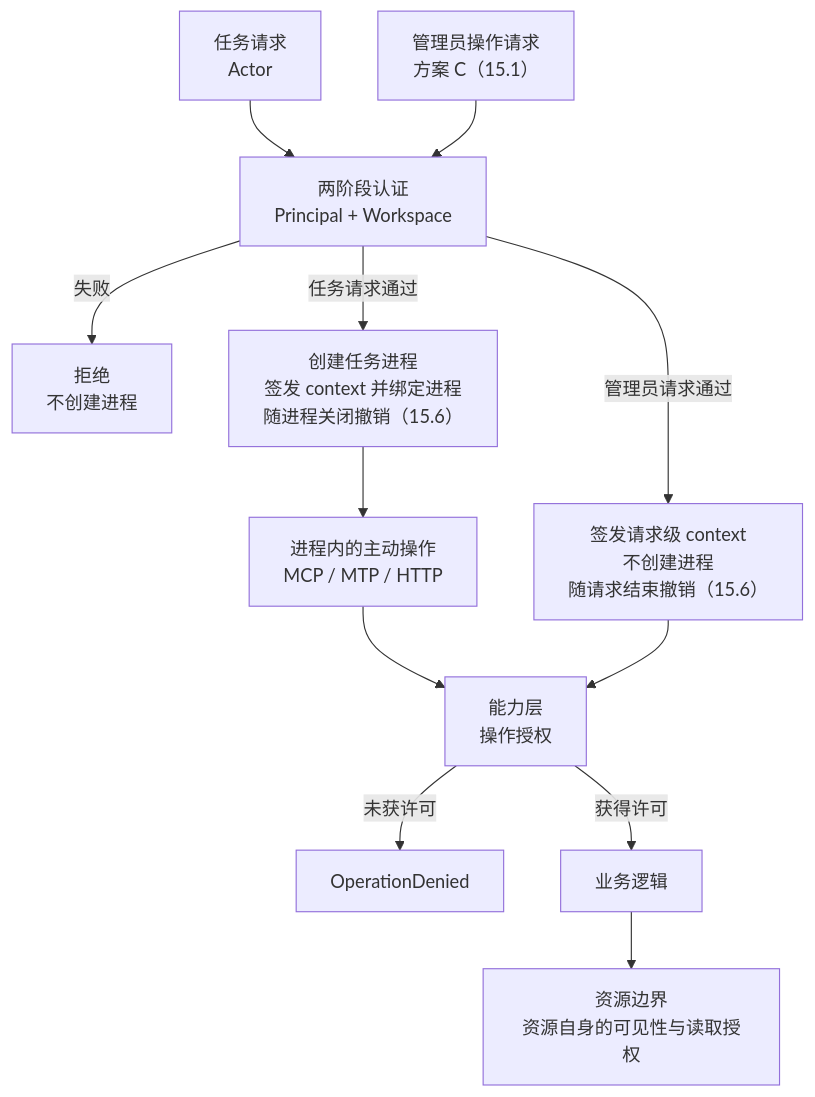
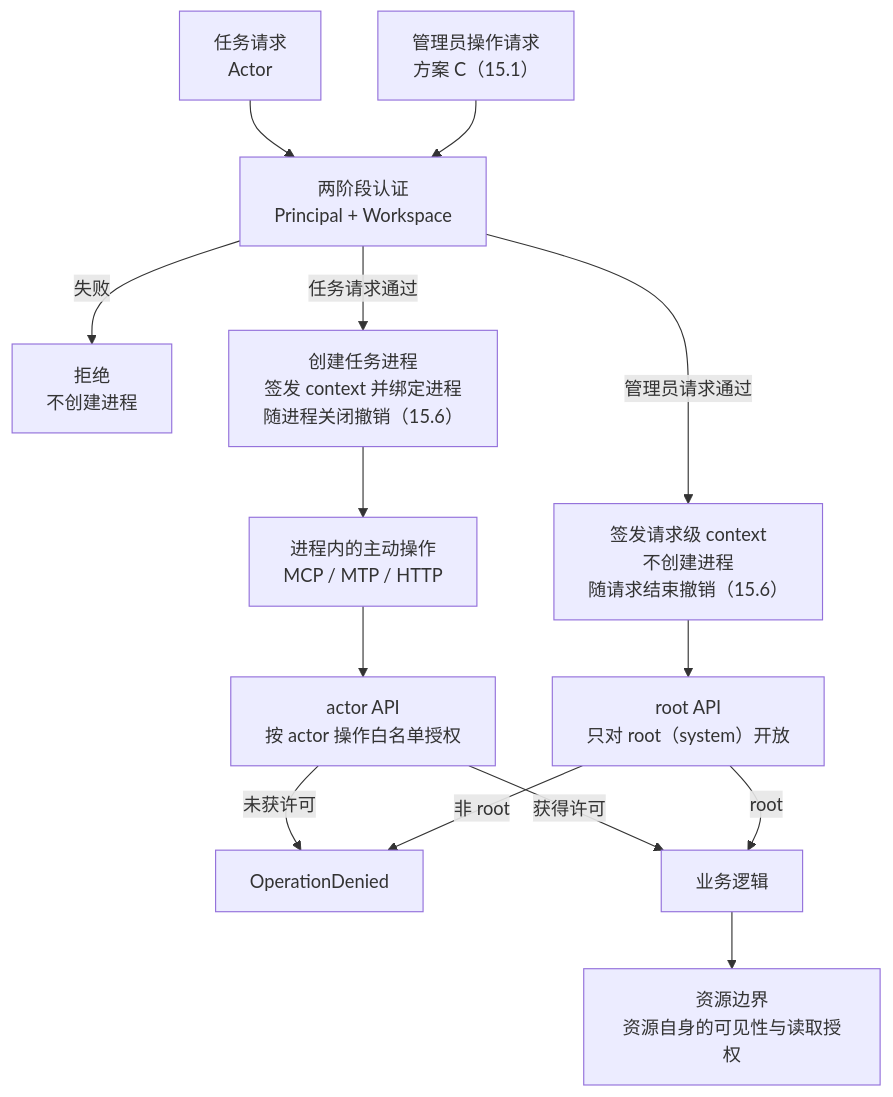
Before and after one commit to artemis03976/HiveMemory: the fourth of 5 diagrams in docs/ideas/workspace-network-task-process-architecture.md, drawn with Mermaid. The commit also changed other lines of this file and 7 other files, not shown here.

````diff
--- a/docs/ideas/workspace-network-task-process-architecture.md
+++ b/docs/ideas/workspace-network-task-process-architecture.md
@@ -741,14 +745,16 @@
 ```mermaid
 flowchart TB
     TR["任务请求<br/>Actor"] --> AUTH["两阶段认证<br/>Principal + Workspace"]
     AR["管理员操作请求<br/>方案 C（15.1）"] --> AUTH
     AUTH -- "失败" --> DENY["拒绝<br/>不创建进程"]
     AUTH -- "任务请求通过" --> PROC["创建任务进程<br/>签发 context 并绑定进程<br/>随进程关闭撤销（15.6）"]
     AUTH -- "管理员请求通过" --> DCTX["签发请求级 context<br/>不创建进程<br/>随请求结束撤销（15.6）"]
     PROC --> OPS["进程内的主动操作<br/>MCP / MTP / HTTP"]
-    OPS --> CAP["能力层<br/>操作授权"]
-    DCTX --> CAP
+    OPS --> CAP["actor API<br/>按 actor 操作白名单授权"]
+    DCTX --> RCAP["root API<br/>只对 root（system）开放"]
     CAP -- "未获许可" --> ODENY["OperationDenied"]
     CAP -- "获得许可" --> BIZ["业务逻辑"]
+    RCAP -- "非 root" --> ODENY
+    RCAP -- "root" --> BIZ
     BIZ --> RES["资源边界<br/>资源自身的可见性与读取授权"]
 ```
````
